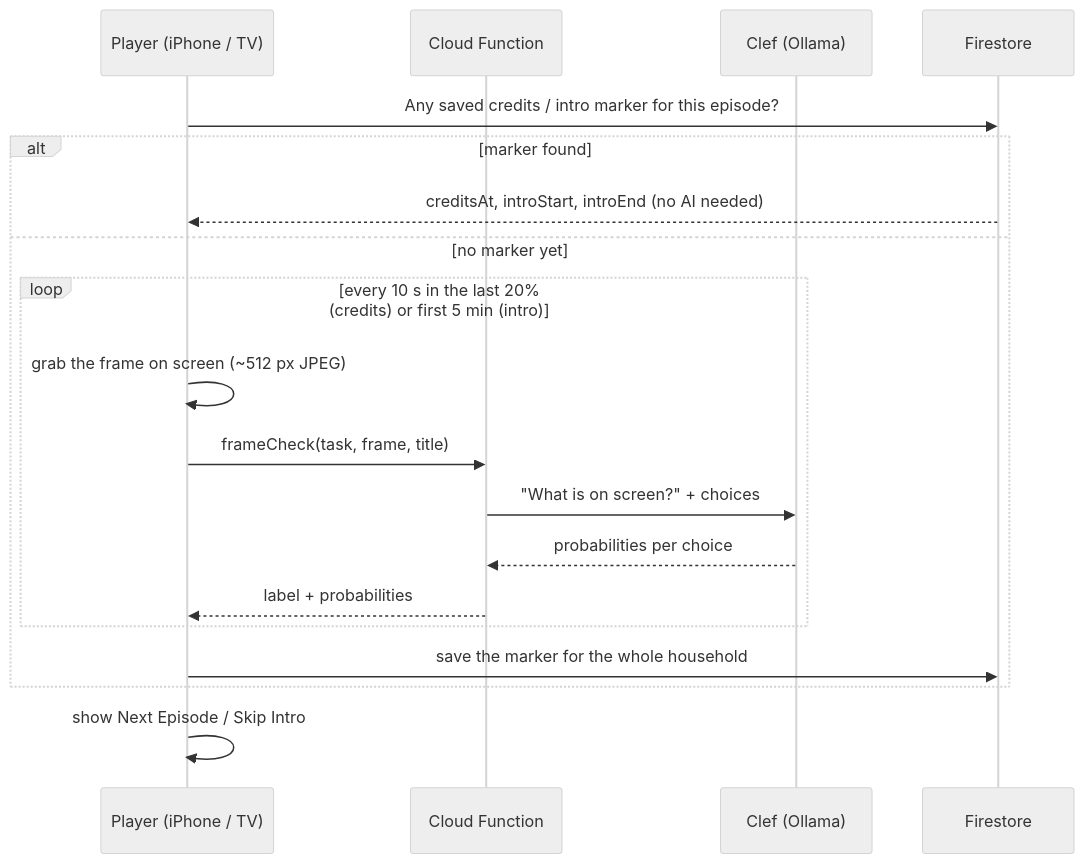
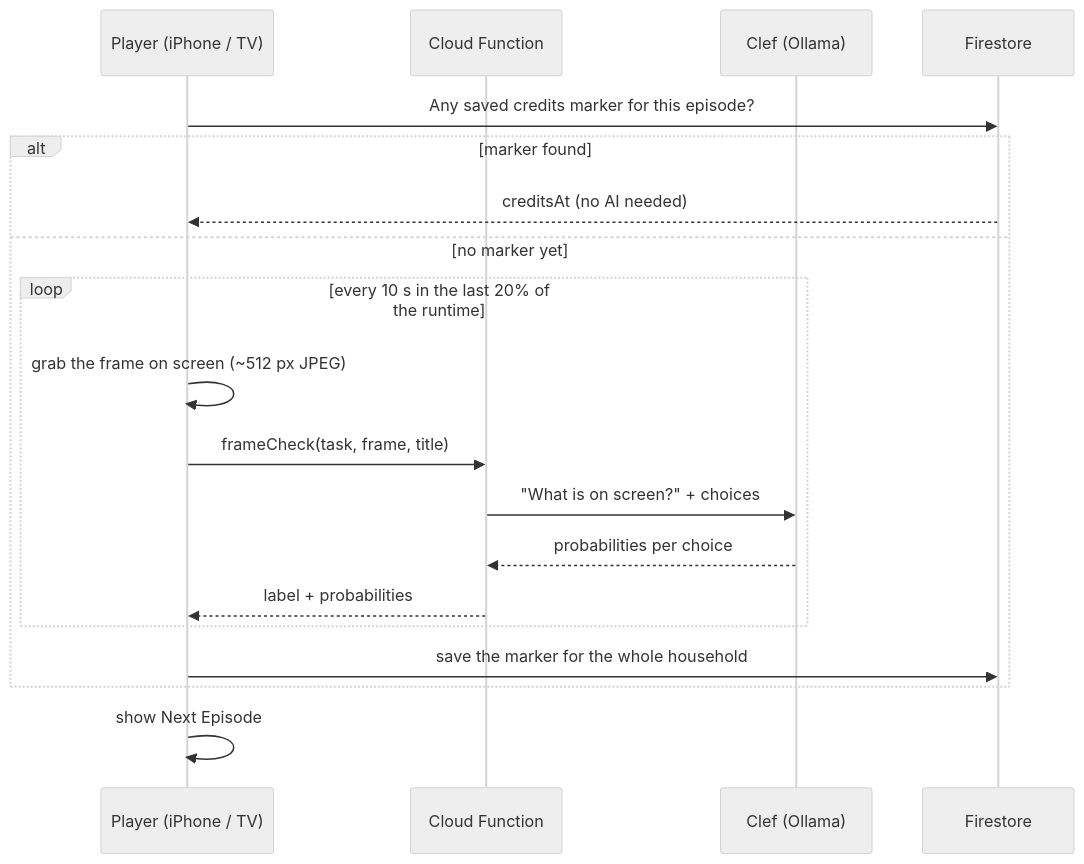
Before and after one commit to pri-te-sh/NUCFLIX: the second of 2 diagrams in README.md, drawn with Mermaid (neutral theme). The commit also changed other lines of this file and 7 other files, not shown here.

First line of the commit message:
AI frame checks: tested on real episodes; credits fixes, Skip Intro on hold

````diff
--- a/README.md
+++ b/README.md
@@ -148,21 +148,21 @@
 ```mermaid
 sequenceDiagram
     participant P as Player (iPhone / TV)
     participant F as Cloud Function
     participant C as Clef (Ollama)
     participant D as Firestore
-    P->>D: Any saved credits / intro marker for this episode?
+    P->>D: Any saved credits marker for this episode?
     alt marker found
-        D-->>P: creditsAt, introStart, introEnd (no AI needed)
+        D-->>P: creditsAt (no AI needed)
     else no marker yet
-        loop every 10 s in the last 20% (credits) or first 5 min (intro)
+        loop every 10 s in the last 20% of the runtime
             P->>P: grab the frame on screen (~512 px JPEG)
             P->>F: frameCheck(task, frame, title)
             F->>C: "What is on screen?" + choices
             C-->>F: probabilities per choice
             F-->>P: label + probabilities
         end
         P->>D: save the marker for the whole household
     end
-    P->>P: show Next Episode / Skip Intro
+    P->>P: show Next Episode
 ```
````
